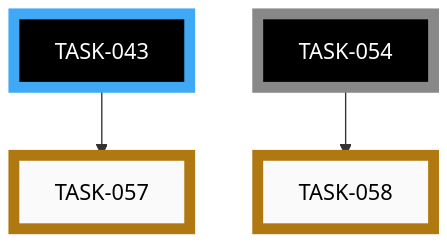
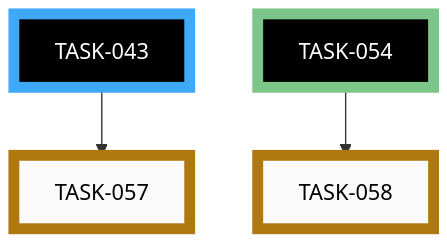
The ninth of 9 diagrams in docs/developers/tasks/EPICS.md (tgd1975/PartsLedger), drawn with Mermaid before and after one commit. The commit also changed other lines of this file and 36 other files, not shown here.

````diff
--- a/docs/developers/tasks/EPICS.md
+++ b/docs/developers/tasks/EPICS.md
@@ -466,21 +466,21 @@
 ```mermaid
 graph TD
     TASK_057["TASK-057"]:::paused
     TASK_058["TASK-058"]:::paused
     TASK_043["TASK-043"]:::activeExt
-    TASK_054["TASK-054"]:::openExt
+    TASK_054["TASK-054"]:::closedExt
     TASK_043 --> TASK_057
     TASK_054 --> TASK_058
     click TASK_057 "open/task-057-pipeline-test-fixture-corpus.md"
     click TASK_058 "open/task-058-resistor-output-parser-test.md"
     click TASK_043 "active/task-043-recognition-pipeline-glue.md"
-    click TASK_054 "open/task-054-resistor-extra-packaging.md"
+    click TASK_054 "closed/task-054-resistor-extra-packaging.md"
     classDef open    fill:#FAFAFA,stroke:#555,stroke-width:8px,color:#000
     classDef active  fill:#FAFAFA,stroke:#1A6FA8,stroke-width:8px,color:#000
     classDef closed  fill:#FAFAFA,stroke:#3F8B53,stroke-width:8px,color:#000
     classDef paused  fill:#FAFAFA,stroke:#B07810,stroke-width:8px,color:#000
     classDef openExt    fill:#000,stroke:#888,stroke-width:8px,color:#FFF
     classDef activeExt  fill:#000,stroke:#3FA9F5,stroke-width:8px,color:#FFF
     classDef closedExt  fill:#000,stroke:#7CC68A,stroke-width:8px,color:#FFF
     classDef pausedExt  fill:#000,stroke:#F0B030,stroke-width:8px,color:#FFF
 ```
````
